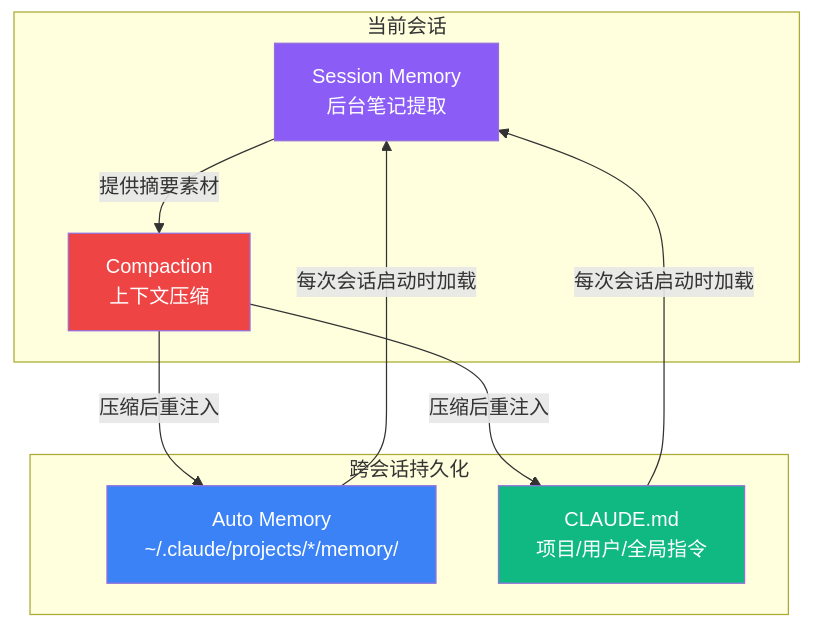
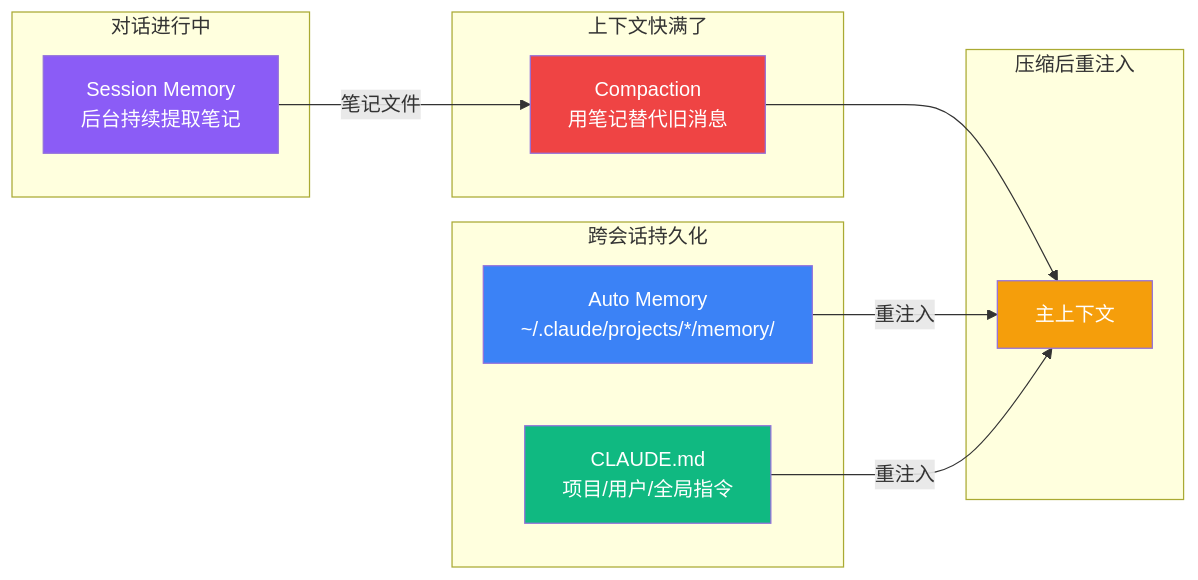
The diagram in docs/A1-memory-system.mdx (ji-yaodian/claude-code-book), drawn with Mermaid before and after one commit. The commit also changed other lines of this file and 4 other files, not shown here.

````diff
--- a/docs/A1-memory-system.mdx
+++ b/docs/A1-memory-system.mdx
@@ -42,23 +42,30 @@
 ```mermaid
-graph TB
-    subgraph 当前会话
-        SM["Session Memory<br/>后台笔记提取"]
-        CP["Compaction<br/>上下文压缩"]
+graph LR
+    subgraph 对话进行中
+        SM["Session Memory<br/>后台持续提取笔记"]
+    end
+
+    subgraph 上下文快满了
+        CP["Compaction<br/>用笔记替代旧消息"]
+    end
+
+    subgraph 压缩后重注入
+        CTX["主上下文"]
     end
 
     subgraph 跨会话持久化
         AM["Auto Memory<br/>~/.claude/projects/*/memory/"]
         CMD["CLAUDE.md<br/>项目/用户/全局指令"]
     end
 
-    SM -->|"提供摘要素材"| CP
-    CP -->|"压缩后重注入"| CMD
-    CP -->|"压缩后重注入"| AM
-    AM -->|"每次会话启动时加载"| SM
-    CMD -->|"每次会话启动时加载"| SM
+    SM -->|"笔记文件"| CP
+    CP --> CTX
+    AM -->|"重注入"| CTX
+    CMD -->|"重注入"| CTX
 
     style SM fill:#8b5cf6,color:#fff
     style CP fill:#ef4444,color:#fff
+    style CTX fill:#f59e0b,color:#fff
     style AM fill:#3b82f6,color:#fff
     style CMD fill:#10b981,color:#fff
 ```
````
